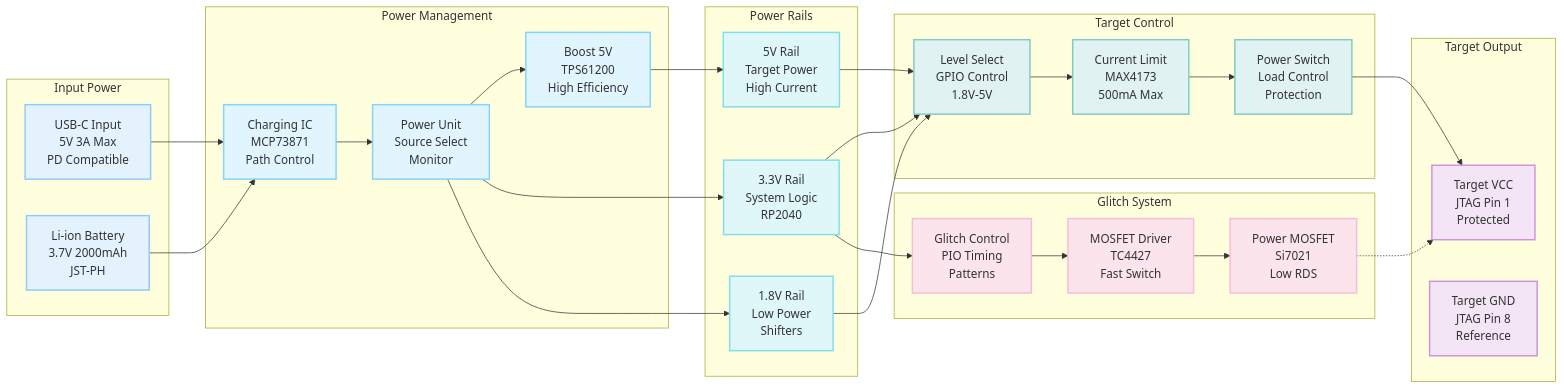
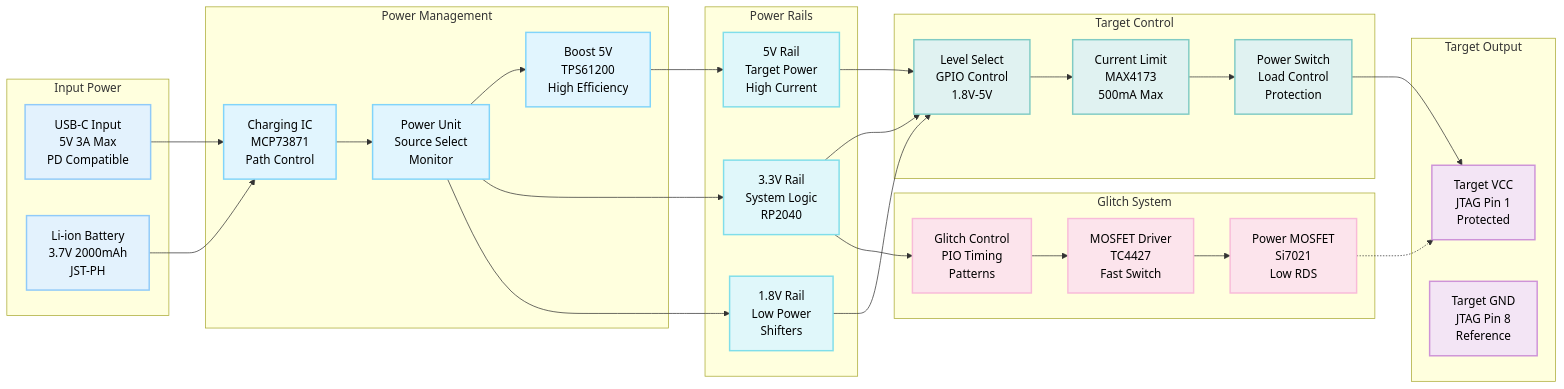
Before and after one commit to seedon198/KISS: the first of 10 diagrams in README.md, drawn with Mermaid. The commit also changed other lines of this file, not shown here.

First line of the commit message:
🎨 Apply subtle pastel colors to JTAG/SWD and Task Architecture diagrams

````diff
--- a/README.md
+++ b/README.md
@@ -76,70 +76,70 @@
 ```mermaid
 flowchart LR
     subgraph INPUT [" Input Power "]
         USB["USB-C Input<br/>5V 3A Max<br/>PD Compatible"]
         BATT["Li-ion Battery<br/>3.7V 2000mAh<br/>JST-PH"]
     end
     
     subgraph MGMT [" Power Management "]
         CHARGER["Charging IC<br/>MCP73871<br/>Path Control"]
         PMGMT["Power Unit<br/>Source Select<br/>Monitor"]
         BOOST["Boost 5V<br/>TPS61200<br/>High Efficiency"]
     end
     
     subgraph RAILS [" Power Rails "]
         RAIL33["3.3V Rail<br/>System Logic<br/>RP2040"]
         RAIL18["1.8V Rail<br/>Low Power<br/>Shifters"]
         RAIL5V["5V Rail<br/>Target Power<br/>High Current"]
     end
     
     subgraph CONTROL [" Target Control "]
         LEVELSEL["Level Select<br/>GPIO Control<br/>1.8V-5V"]
         CURRENTLIM["Current Limit<br/>MAX4173<br/>500mA Max"]
         POWERSWITCH["Power Switch<br/>Load Control<br/>Protection"]
     end
     
     subgraph GLITCH [" Glitch System "]
         GLITCHCTRL["Glitch Control<br/>PIO Timing<br/>Patterns"]
         MOSFETDRV["MOSFET Driver<br/>TC4427<br/>Fast Switch"]
         POWERMOS["Power MOSFET<br/>Si7021<br/>Low RDS"]
     end
     
     subgraph TARGET [" Target Output "]
         TARGETPWR["Target VCC<br/>JTAG Pin 1<br/>Protected"]
         TARGETGND["Target GND<br/>JTAG Pin 8<br/>Reference"]
     end
     
     USB --> CHARGER
     BATT --> CHARGER
     CHARGER --> PMGMT
     PMGMT --> BOOST
     PMGMT --> RAIL33
     PMGMT --> RAIL18
     BOOST --> RAIL5V
     
     RAIL33 --> LEVELSEL
     RAIL18 --> LEVELSEL
     RAIL5V --> LEVELSEL
     LEVELSEL --> CURRENTLIM
     CURRENTLIM --> POWERSWITCH
     POWERSWITCH --> TARGETPWR
     
     RAIL33 --> GLITCHCTRL
     GLITCHCTRL --> MOSFETDRV
     MOSFETDRV --> POWERMOS
     POWERMOS -.-> TARGETPWR
     
-    classDef input fill:#e3f2fd,stroke:#90caf9,stroke-width:2px
-    classDef mgmt fill:#e1f5fe,stroke:#81d4fa,stroke-width:2px
-    classDef rail fill:#e0f7fa,stroke:#80deea,stroke-width:2px
-    classDef control fill:#e0f2f1,stroke:#80cbc4,stroke-width:2px
-    classDef glitch fill:#fce4ec,stroke:#f8bbd9,stroke-width:2px
-    classDef target fill:#f3e5f5,stroke:#ce93d8,stroke-width:2px
+    classDef input fill:#e3f2fd,stroke:#90caf9,stroke-width:2px,color:#000
+    classDef mgmt fill:#e1f5fe,stroke:#81d4fa,stroke-width:2px,color:#000
+    classDef rail fill:#e0f7fa,stroke:#80deea,stroke-width:2px,color:#000
+    classDef control fill:#e0f2f1,stroke:#80cbc4,stroke-width:2px,color:#000
+    classDef glitch fill:#fce4ec,stroke:#f8bbd9,stroke-width:2px,color:#000
+    classDef target fill:#f3e5f5,stroke:#ce93d8,stroke-width:2px,color:#000
     
     class USB,BATT input
     class CHARGER,PMGMT,BOOST mgmt
     class RAIL33,RAIL18,RAIL5V rail
     class LEVELSEL,CURRENTLIM,POWERSWITCH control
     class GLITCHCTRL,MOSFETDRV,POWERMOS glitch
     class TARGETPWR,TARGETGND target
 ```
````
